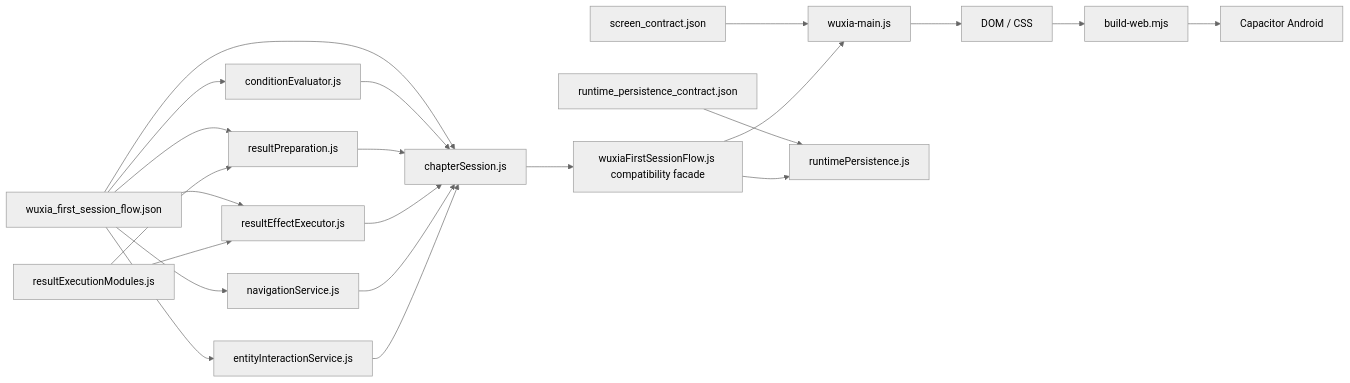
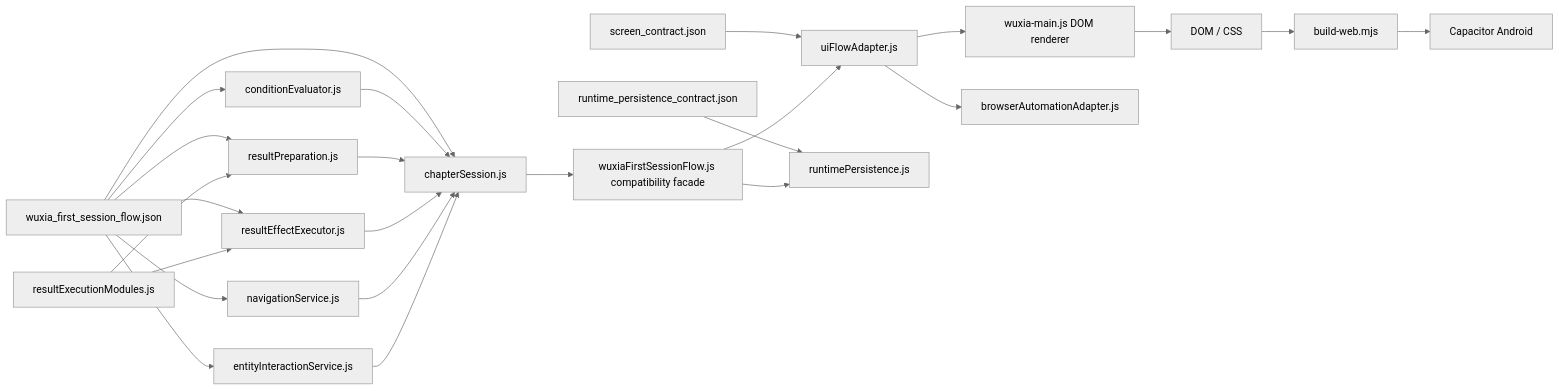
One commit to hjklmn314/idlewuxia changed the first of 2 diagrams in docs/codex_game_development_os/SYSTEM_ARCHITECTURE.md. Above: the diagram before and after it, drawn with Mermaid (neutral theme). The commit also changed other lines of this file and 27 other files, not shown here.

Commit message:
refactor: add UI flow adapter seam

````diff
--- a/docs/codex_game_development_os/SYSTEM_ARCHITECTURE.md
+++ b/docs/codex_game_development_os/SYSTEM_ARCHITECTURE.md
@@ -14,24 +14,26 @@
 ```mermaid
 flowchart LR
     A["wuxia_first_session_flow.json"] --> P["chapterSession.js"]
-    C["screen_contract.json"] --> D["wuxia-main.js"]
+    C["screen_contract.json"] --> U["uiFlowAdapter.js"]
     E["runtime_persistence_contract.json"] --> F["runtimePersistence.js"]
     A --> K["conditionEvaluator.js"]
     A --> L["resultPreparation.js"]
     A --> M["resultEffectExecutor.js"]
     A --> N["navigationService.js"]
     A --> O["entityInteractionService.js"]
     K --> P
     L --> P
     M --> P
     N --> P
     O --> P
     P --> B["wuxiaFirstSessionFlow.js compatibility facade"]
-    B --> D
+    B --> U
+    U --> D["wuxia-main.js DOM renderer"]
+    U --> BA["browserAutomationAdapter.js"]
     D --> G["DOM / CSS"]
     B --> F
     H["resultExecutionModules.js"] --> L
     H --> M
     G --> I["build-web.mjs"]
     I --> J["Capacitor Android"]
 ```
````
